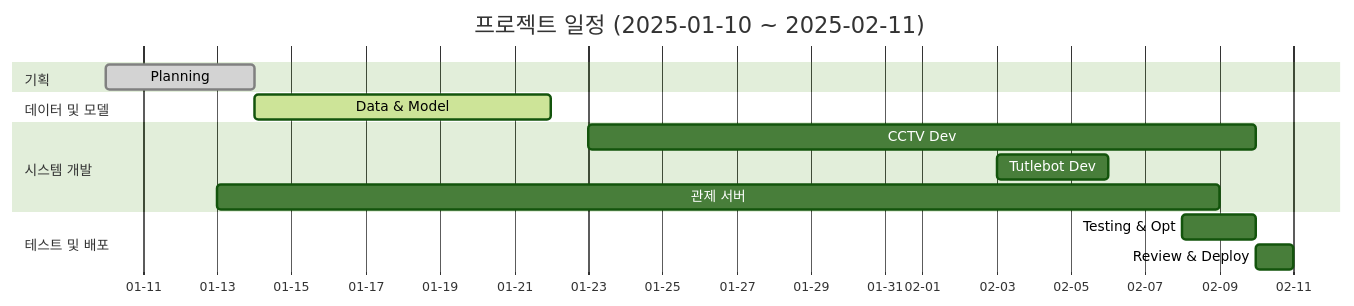
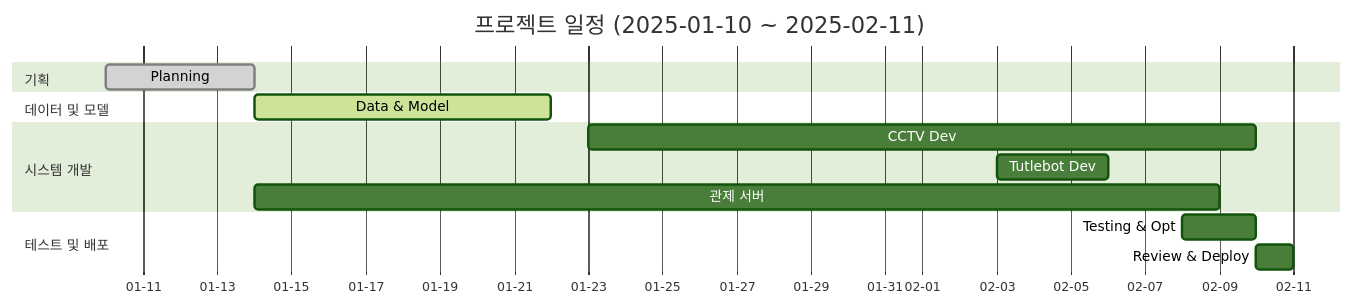
One commit to te31eawq/AI_CCTV changed the diagram in README.md. Above: the diagram before and after it, drawn with Mermaid (forest theme).

````diff
--- a/README.md
+++ b/README.md
@@ -14,21 +14,21 @@
 ```mermaid
 gantt
     title 프로젝트 일정 (2025-01-10 ~ 2025-02-11)
     dateFormat  YYYY-MM-DD
     axisFormat  %m-%d
 
     section 기획
     Planning       :done,   p1, 2025-01-10, 2025-01-14
 
     section 데이터 및 모델
     Data & Model   :active, d1, 2025-01-14, 2025-01-22
 
     section 시스템 개발
     CCTV Dev       :       c1, 2025-01-23, 2025-02-10
     Tutlebot Dev   :       v1, 2025-02-03, 2025-02-06
-    관제 서버      :       ct1, 2025-01-13, 2025-02-09
+    관제 서버      :       ct1, 2025-01-14, 2025-02-09
 
     section 테스트 및 배포
     Testing & Opt  :       t1, 2025-02-08, 2025-02-10
     Review & Deploy:       r1, 2025-02-10, 2025-02-11
 ```
````
